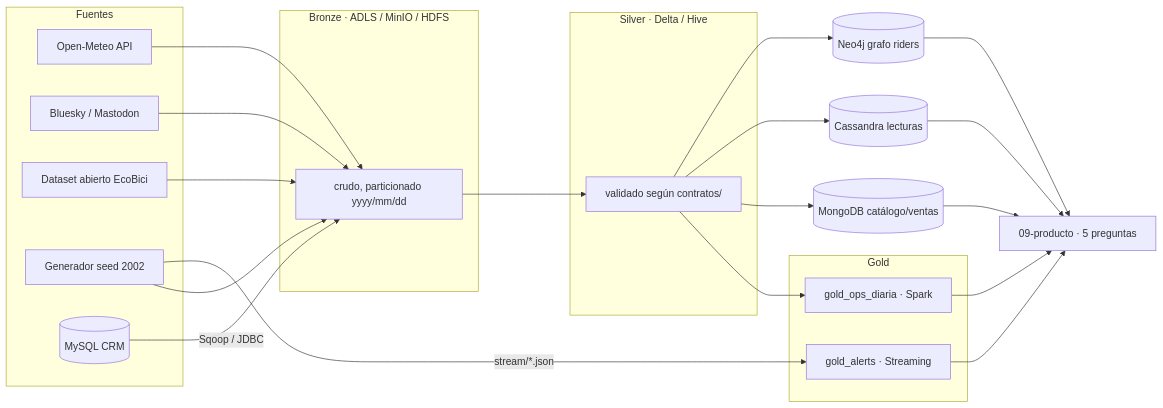
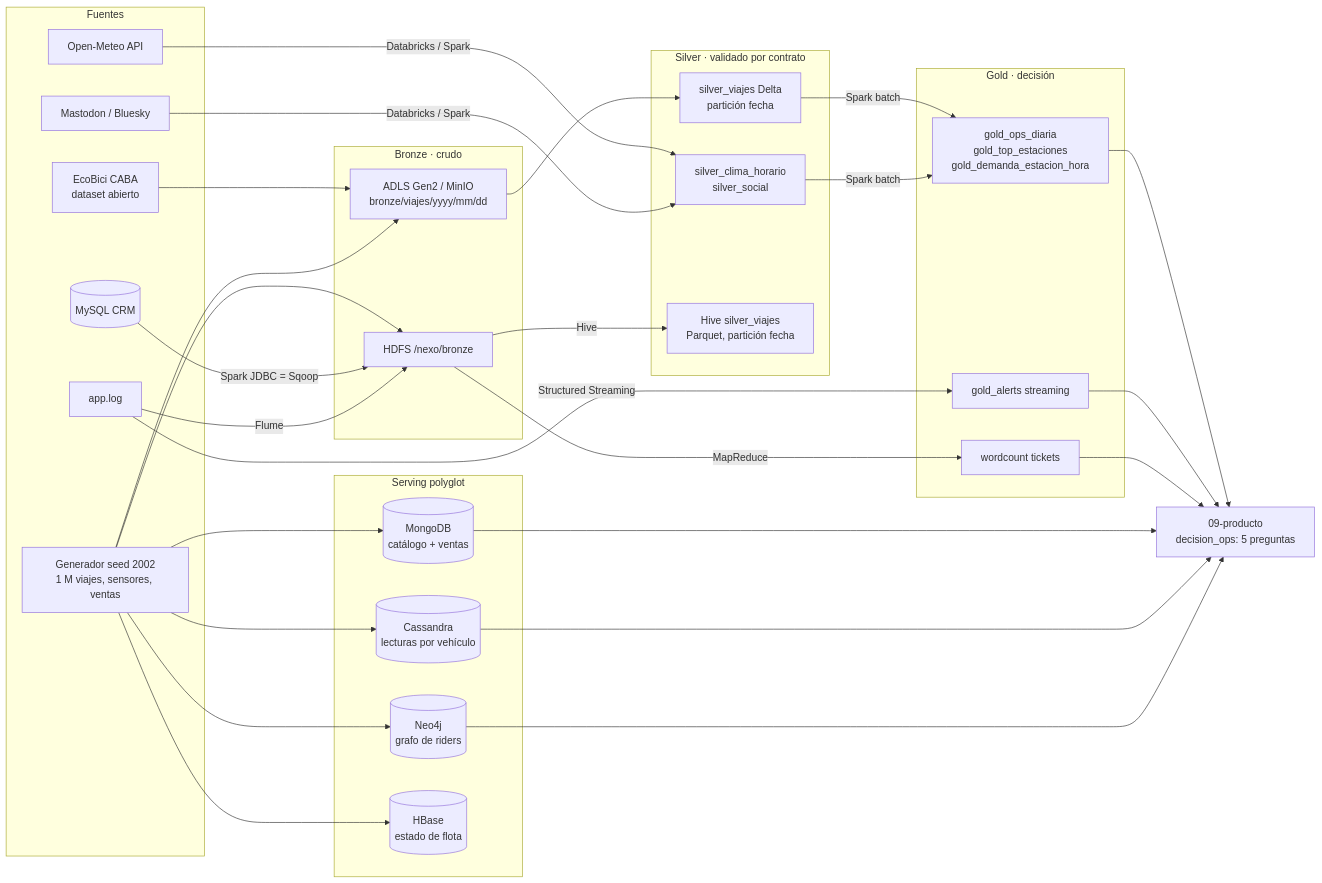
One commit to Martotz/nexourbano changed the diagram in 01-discovery/arquitectura.md. Above: the diagram before and after it, drawn with Mermaid. The commit also changed other lines of this file and 123 other files, not shown here.

````diff
--- a/01-discovery/arquitectura.md
+++ b/01-discovery/arquitectura.md
@@ -3,29 +3,43 @@
 ```mermaid
 flowchart LR
-  subgraph Fuentes
-    A[Open-Meteo API]
-    B[Bluesky / Mastodon]
-    C[Dataset abierto EcoBici]
-    D[Generador seed 2002]
-    E[(MySQL CRM)]
+  subgraph F[Fuentes]
+    OM[Open-Meteo API]
+    SO[Mastodon / Bluesky]
+    EB[EcoBici CABA<br/>dataset abierto]
+    GEN[Generador seed 2002<br/>1 M viajes, sensores, ventas]
+    MY[(MySQL CRM)]
+    LOG[app.log]
   end
-  subgraph Bronze["Bronze · ADLS / MinIO / HDFS"]
-    BZ[crudo, particionado yyyy/mm/dd]
+  subgraph B[Bronze · crudo]
+    ADLS[ADLS Gen2 / MinIO<br/>bronze/viajes/yyyy/mm/dd]
+    HDFS[HDFS /nexo/bronze]
   end
-  subgraph Silver["Silver · Delta / Hive"]
-    SV[validado según contratos/]
+  subgraph S[Silver · validado por contrato]
+    SV[silver_viajes Delta<br/>partición fecha]
+    SC[silver_clima_horario<br/>silver_social]
+    HV[Hive silver_viajes<br/>Parquet, partición fecha]
   end
-  subgraph Gold
-    G1[gold_ops_diaria · Spark]
-    G2[gold_alerts · Streaming]
+  subgraph G[Gold · decisión]
+    GO[gold_ops_diaria<br/>gold_top_estaciones<br/>gold_demanda_estacion_hora]
+    GA[gold_alerts streaming]
+    WC[wordcount tickets]
   end
-  A & B & C --> BZ
-  D --> BZ
-  E -- Sqoop / JDBC --> BZ
-  BZ --> SV --> G1
-  D -- stream/*.json --> G2
-  SV --> M[(MongoDB catálogo/ventas)]
-  SV --> K[(Cassandra lecturas)]
-  SV --> N[(Neo4j grafo riders)]
-  G1 & G2 & M & K & N --> P[09-producto · 5 preguntas]
+  subgraph P[Serving polyglot]
+    MO[(MongoDB<br/>catálogo + ventas)]
+    CA[(Cassandra<br/>lecturas por vehículo)]
+    NE[(Neo4j<br/>grafo de riders)]
+    HB[(HBase<br/>estado de flota)]
+  end
+  OM & SO -->|Databricks / Spark| SC
+  EB & GEN --> ADLS
+  GEN --> HDFS
+  MY -->|Spark JDBC = Sqoop| HDFS
+  LOG -->|Flume| HDFS
+  ADLS --> SV
+  HDFS -->|Hive| HV
+  HDFS -->|MapReduce| WC
+  SV & SC -->|Spark batch| GO
+  LOG -->|Structured Streaming| GA
+  GEN --> MO & CA & NE & HB
+  GO & GA & WC & MO & CA & NE --> D[09-producto<br/>decision_ops: 5 preguntas]
 ```
````
